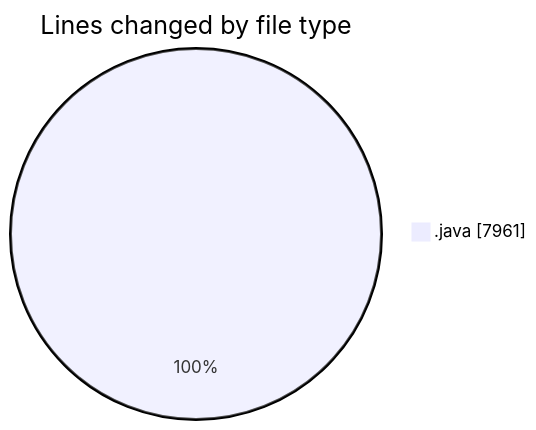
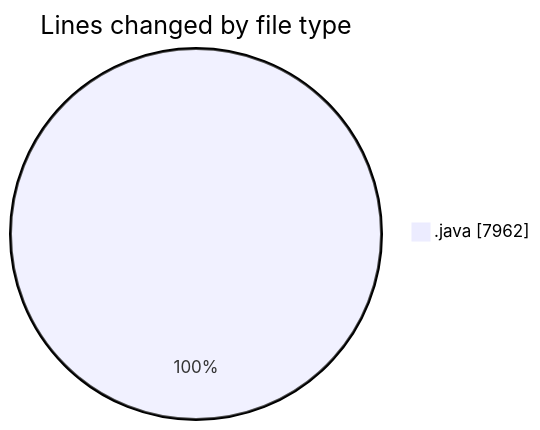
The first of 2 diagrams in 2026-03-12/cilapp/README.md (ricardozamudiocil/code-tracking), drawn with Mermaid before and after one commit. The commit also changed other lines of this file and 1 other file, not shown here.

````diff
--- a/2026-03-12/cilapp/README.md
+++ b/2026-03-12/cilapp/README.md
@@ -24,5 +24,5 @@
 ```mermaid
 pie showData
 title Lines changed by file type
-".java" : 7961
+".java" : 7962
 ```
````
